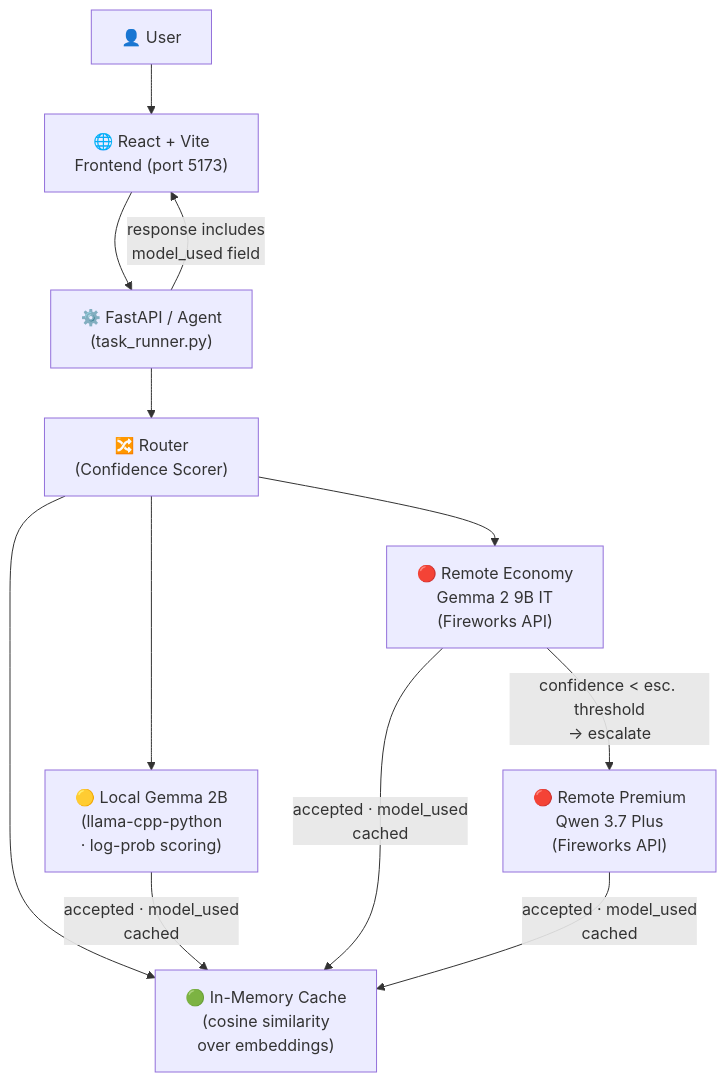
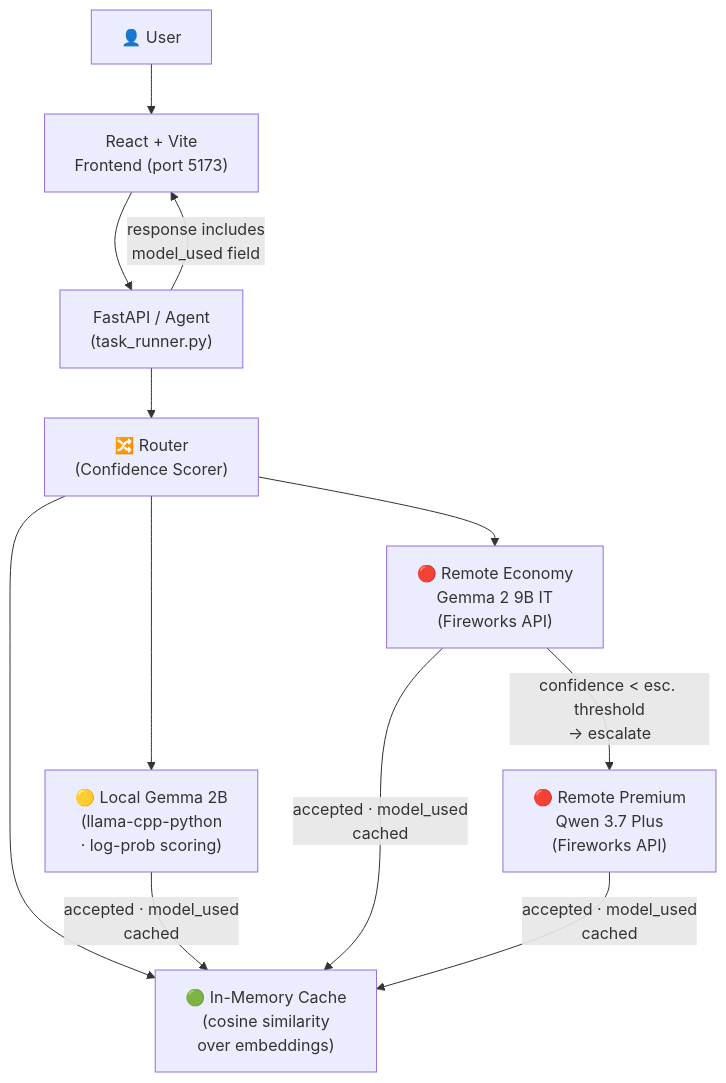
One commit to princeraj264/hybrid-tokenefficient-routing-agent changed the diagram in README.md. Above: the diagram before and after it, drawn with Mermaid. The commit also changed other lines of this file, not shown here.

````diff
--- a/README.md
+++ b/README.md
@@ -84,14 +84,14 @@
 ```mermaid
 flowchart TD
-    User["👤 User"] --> Frontend["🌐 React + Vite\nFrontend (port 5173)"]
-    Frontend --> Agent["⚙️ FastAPI / Agent\n(task_runner.py)"]
+    User["👤 User"] --> Frontend["React + Vite\nFrontend (port 5173)"]
+    Frontend --> Agent["FastAPI / Agent\n(task_runner.py)"]
     Agent --> Router["🔀 Router\n(Confidence Scorer)"]
     Router --> Cache["🟢 In-Memory Cache\n(cosine similarity\nover embeddings)"]
     Router --> Local["🟡 Local Gemma 2B\n(llama-cpp-python\n· log-prob scoring)"]
     Router --> RemoteEconomy["🔴 Remote Economy\nGemma 2 9B IT\n(Fireworks API)"]
     RemoteEconomy -->|"confidence < esc. threshold\n→ escalate"| RemotePremium["🔴 Remote Premium\nQwen 3.7 Plus\n(Fireworks API)"]
     Local -->|"accepted · model_used\ncached"| Cache
     RemoteEconomy -->|"accepted · model_used\ncached"| Cache
     RemotePremium -->|"accepted · model_used\ncached"| Cache
     Agent -->|"response includes\nmodel_used field"| Frontend
 ```
````
